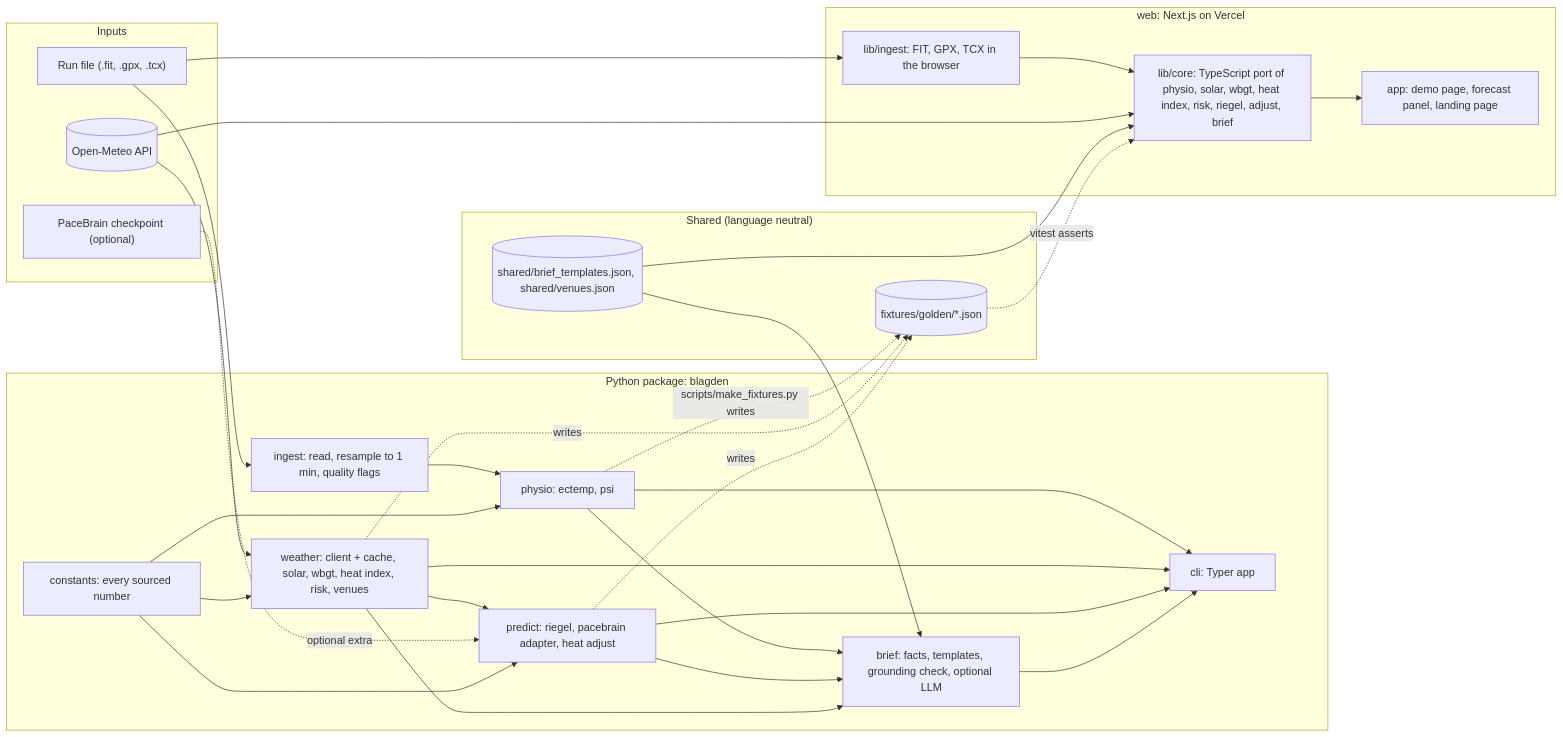
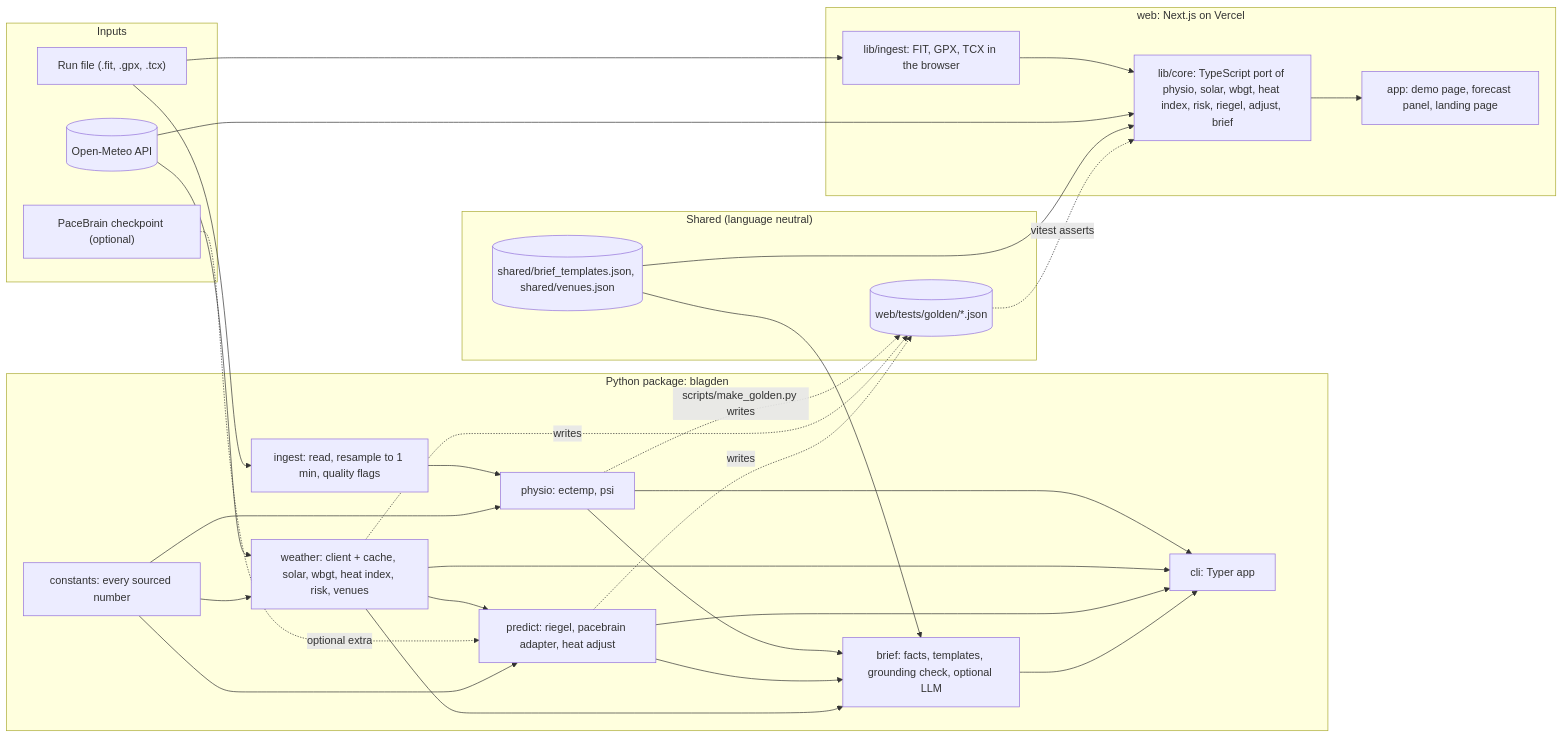
The diagram in docs/ARCHITECTURE.md (lauurnce/blagden), drawn with Mermaid before and after one commit. The commit also changed other lines of this file, not shown here.

Commit message:
docs(architecture): move golden fixtures to web/tests/golden

````diff
--- a/docs/ARCHITECTURE.md
+++ b/docs/ARCHITECTURE.md
@@ -7,49 +7,49 @@
 ```mermaid
 flowchart LR
   subgraph IN["Inputs"]
     RF["Run file (.fit, .gpx, .tcx)"]
     OM[("Open-Meteo API")]
     PB["PaceBrain checkpoint (optional)"]
   end
 
   subgraph PY["Python package: blagden"]
     ING["ingest: read, resample to 1 min, quality flags"]
     PHY["physio: ectemp, psi"]
     WX["weather: client + cache, solar, wbgt, heat index, risk, venues"]
     PRD["predict: riegel, pacebrain adapter, heat adjust"]
     BRF["brief: facts, templates, grounding check, optional LLM"]
     CLI["cli: Typer app"]
     CON["constants: every sourced number"]
   end
 
   subgraph SH["Shared (language neutral)"]
-    FX[("fixtures/golden/*.json")]
+    FX[("web/tests/golden/*.json")]
     TPL[("shared/brief_templates.json, shared/venues.json")]
   end
 
   subgraph WEB["web: Next.js on Vercel"]
     WIN["lib/ingest: FIT, GPX, TCX in the browser"]
     WCO["lib/core: TypeScript port of physio, solar, wbgt, heat index, risk, riegel, adjust, brief"]
     UI["app: demo page, forecast panel, landing page"]
   end
 
   RF --> ING --> PHY --> BRF
   OM --> WX --> PRD --> BRF
   WX --> BRF
   PB -. optional extra .-> PRD
   CON --> PHY
   CON --> WX
   CON --> PRD
   PHY --> CLI
   WX --> CLI
   PRD --> CLI
   BRF --> CLI
   RF --> WIN --> WCO --> UI
   OM --> WCO
   TPL --> BRF
   TPL --> WCO
-  PHY -. "scripts/make_fixtures.py writes" .-> FX
+  PHY -. "scripts/make_golden.py writes" .-> FX
   WX -. writes .-> FX
   PRD -. writes .-> FX
   FX -. "vitest asserts" .-> WCO
 ```
````
